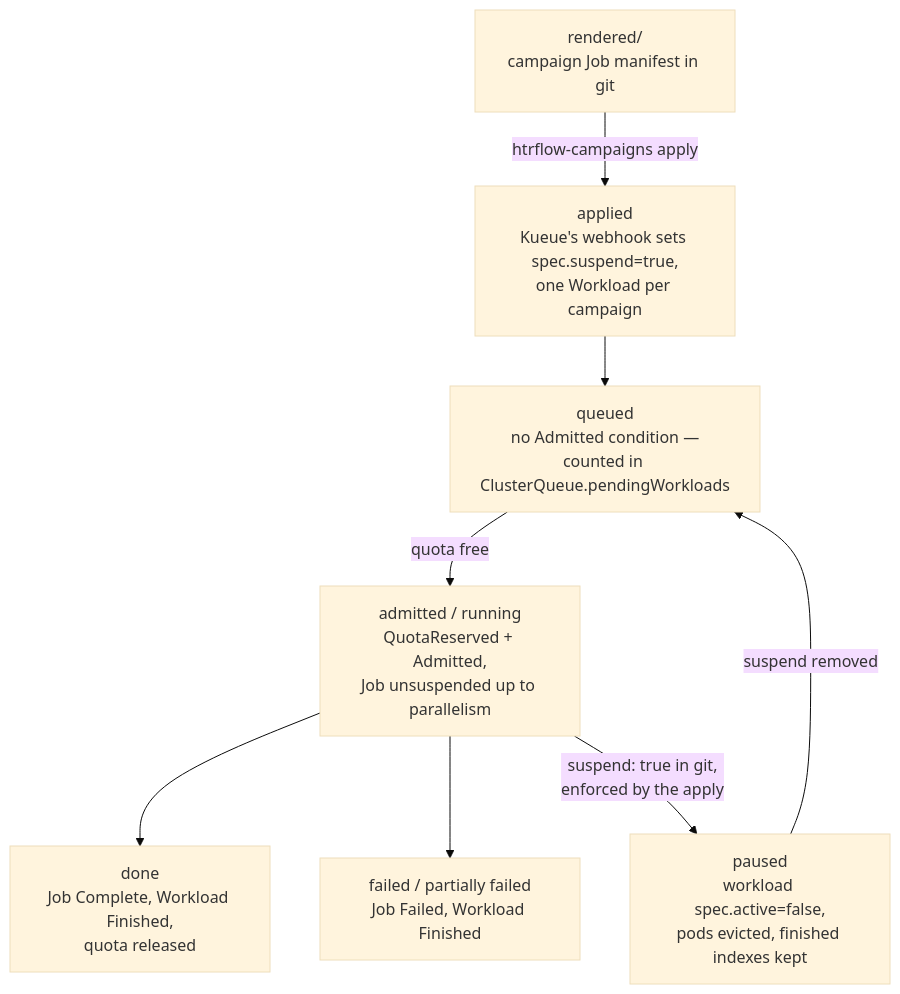
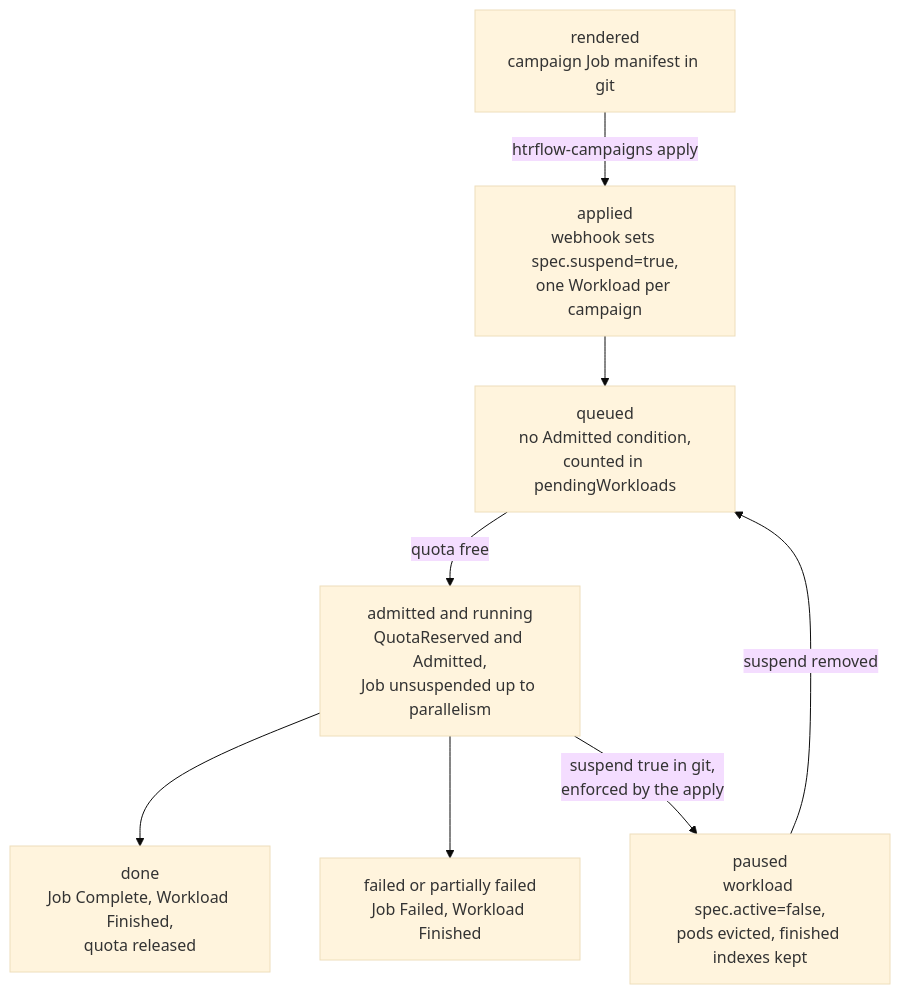
The second of 3 diagrams in docs/how-it-works/queueing.md (AI-Riksarkivet/htrflow-batch), drawn with Mermaid (base theme) before and after one commit. The commit also changed other lines of this file and 1 other file, not shown here.

First line of the commit message:
docs(how-it-works): queueing is one page on Kueue — topology, admission, pause, window, preemption, field ownership

````diff
--- a/docs/how-it-works/queueing.md
+++ b/docs/how-it-works/queueing.md
@@ -59,18 +129,18 @@
 ```mermaid
 flowchart TB
-    R["rendered/<br/>campaign Job manifest in git"]
-    A["applied<br/>Kueue's webhook sets spec.suspend=true,<br/>one Workload per campaign"]
-    Q["queued<br/>no Admitted condition —<br/>counted in ClusterQueue.pendingWorkloads"]
-    R2["admitted / running<br/>QuotaReserved + Admitted,<br/>Job unsuspended up to parallelism"]
+    R["rendered<br/>campaign Job manifest in git"]
+    A["applied<br/>webhook sets spec.suspend=true,<br/>one Workload per campaign"]
+    Q["queued<br/>no Admitted condition,<br/>counted in pendingWorkloads"]
+    RUN["admitted and running<br/>QuotaReserved and Admitted,<br/>Job unsuspended up to parallelism"]
     D["done<br/>Job Complete, Workload Finished,<br/>quota released"]
     P["paused<br/>workload spec.active=false,<br/>pods evicted, finished indexes kept"]
-    F["failed / partially failed<br/>Job Failed, Workload Finished"]
+    F["failed or partially failed<br/>Job Failed, Workload Finished"]
 
     R -->|"htrflow-campaigns apply"| A
     A --> Q
-    Q -->|"quota free"| R2
-    R2 --> D
-    R2 --> F
-    R2 -->|"suspend: true in git,<br/>enforced by the apply"| P
+    Q -->|"quota free"| RUN
+    RUN --> D
+    RUN --> F
+    RUN -->|"suspend true in git,<br/>enforced by the apply"| P
     P -->|"suspend removed"| Q
 ```
````
